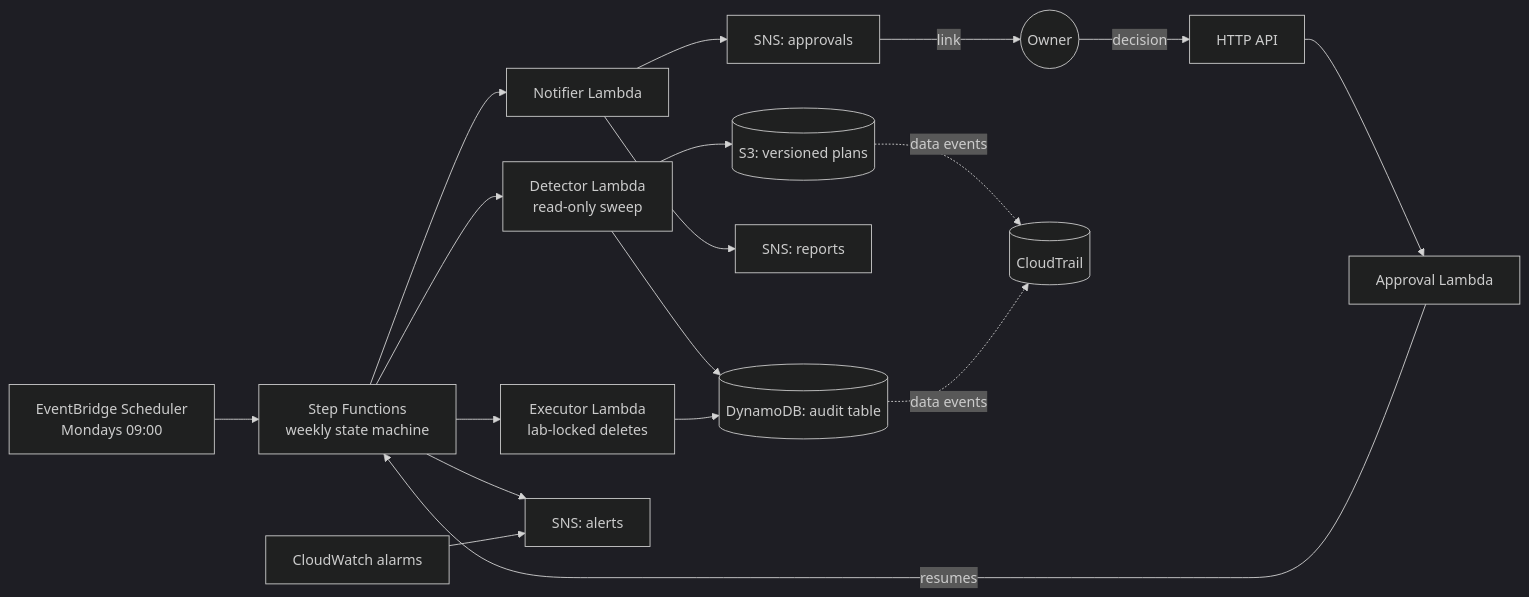
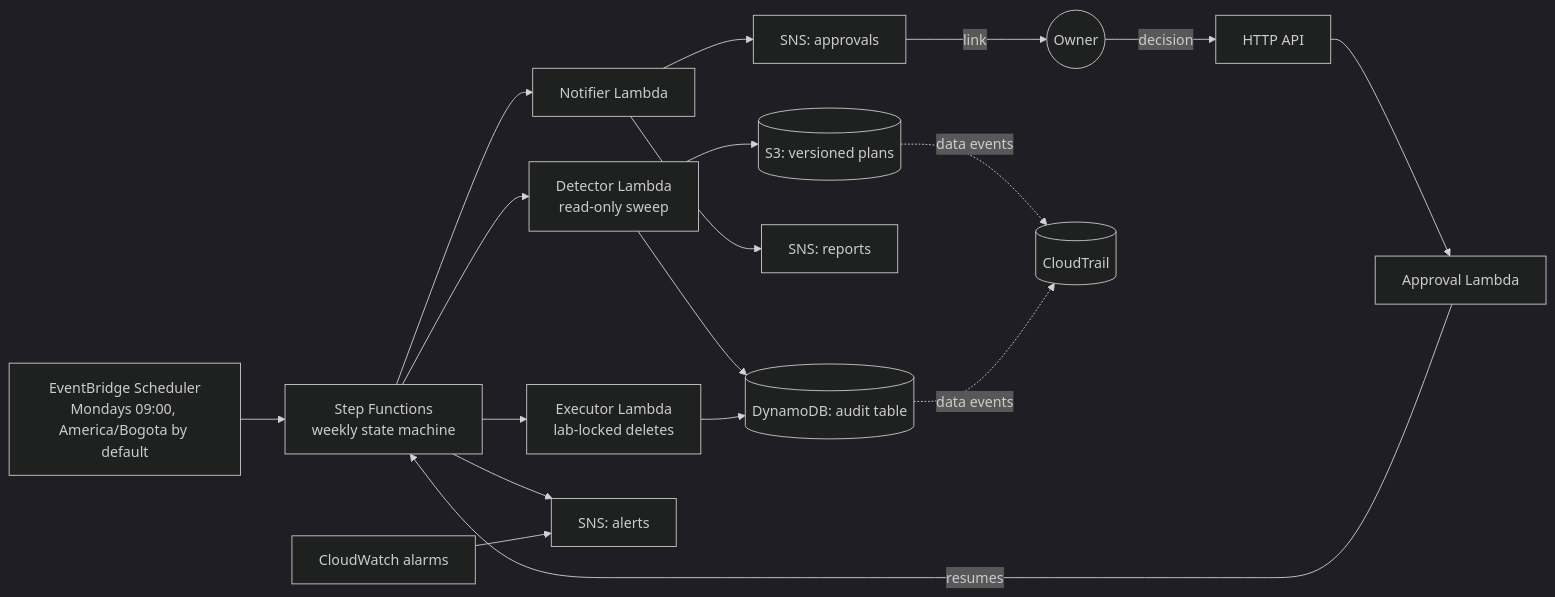
Before and after one commit to MetMatDav/aws-lab-janitor: the first of 2 diagrams in README.md, drawn with Mermaid (dark theme). The commit also changed other lines of this file and 19 other files, not shown here.

````diff
--- a/README.md
+++ b/README.md
@@ -21,19 +21,19 @@
 ```mermaid
 flowchart LR
-    schedule[EventBridge Scheduler<br/>Mondays 09:00] --> machine[Step Functions<br/>weekly state machine]
+    schedule[EventBridge Scheduler<br/>Mondays 09:00, America/Bogota by default] --> machine[Step Functions<br/>weekly state machine]
     machine --> detector[Detector Lambda<br/>read-only sweep]
     machine --> notifier[Notifier Lambda]
     machine --> executor[Executor Lambda<br/>lab-locked deletes]
     detector --> plans[(S3: versioned plans)]
     detector --> audit[(DynamoDB: audit table)]
     executor --> audit
     notifier --> reports[SNS: reports]
     notifier --> approvals[SNS: approvals]
     approvals -- link --> owner((Owner))
     owner -- decision --> api[HTTP API] --> handler[Approval Lambda]
     handler -- resumes --> machine
     machine --> alerts[SNS: alerts]
     alarms[CloudWatch alarms] --> alerts
     plans -. data events .-> trail[(CloudTrail)]
     audit -. data events .-> trail
 ```
````
